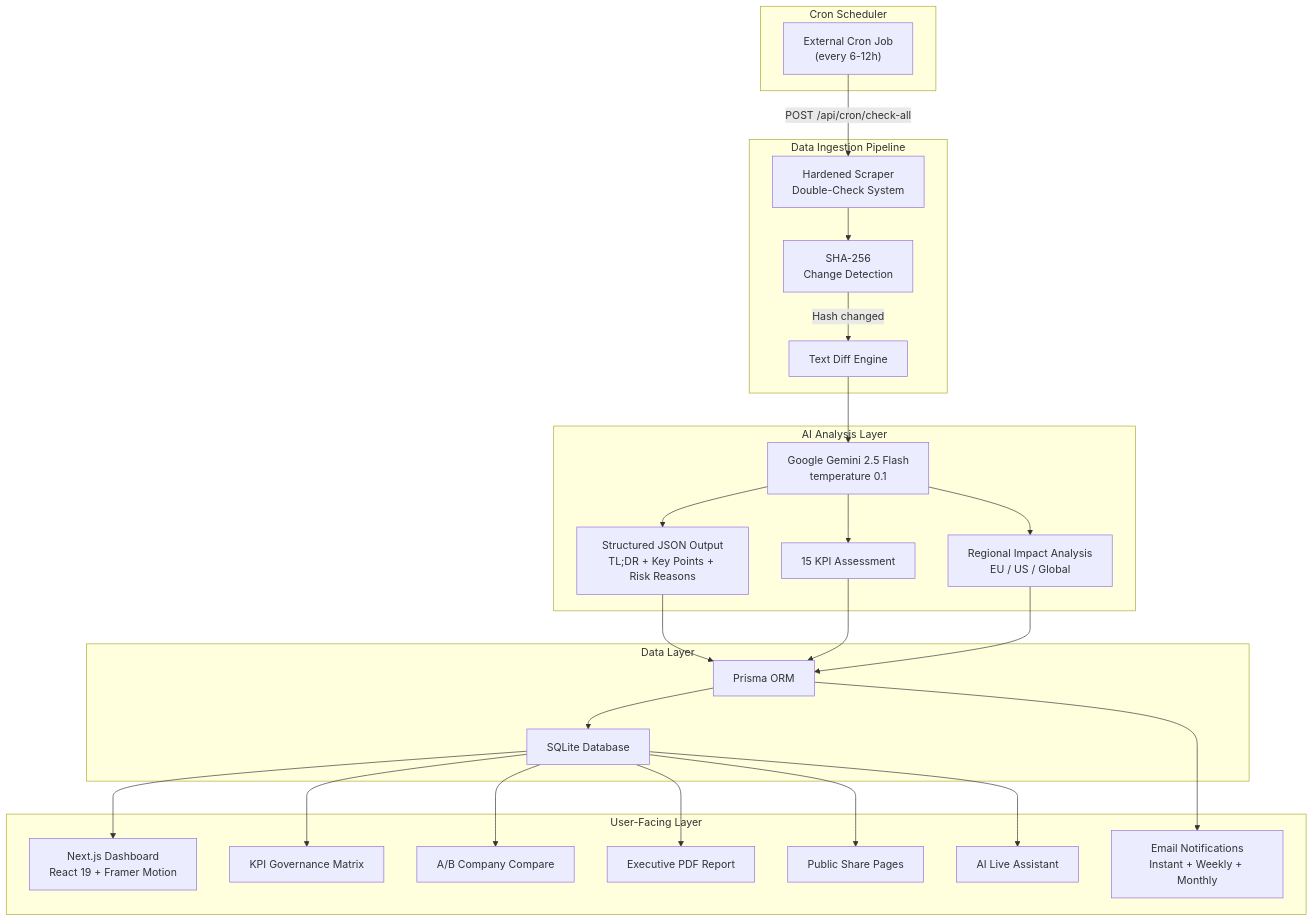
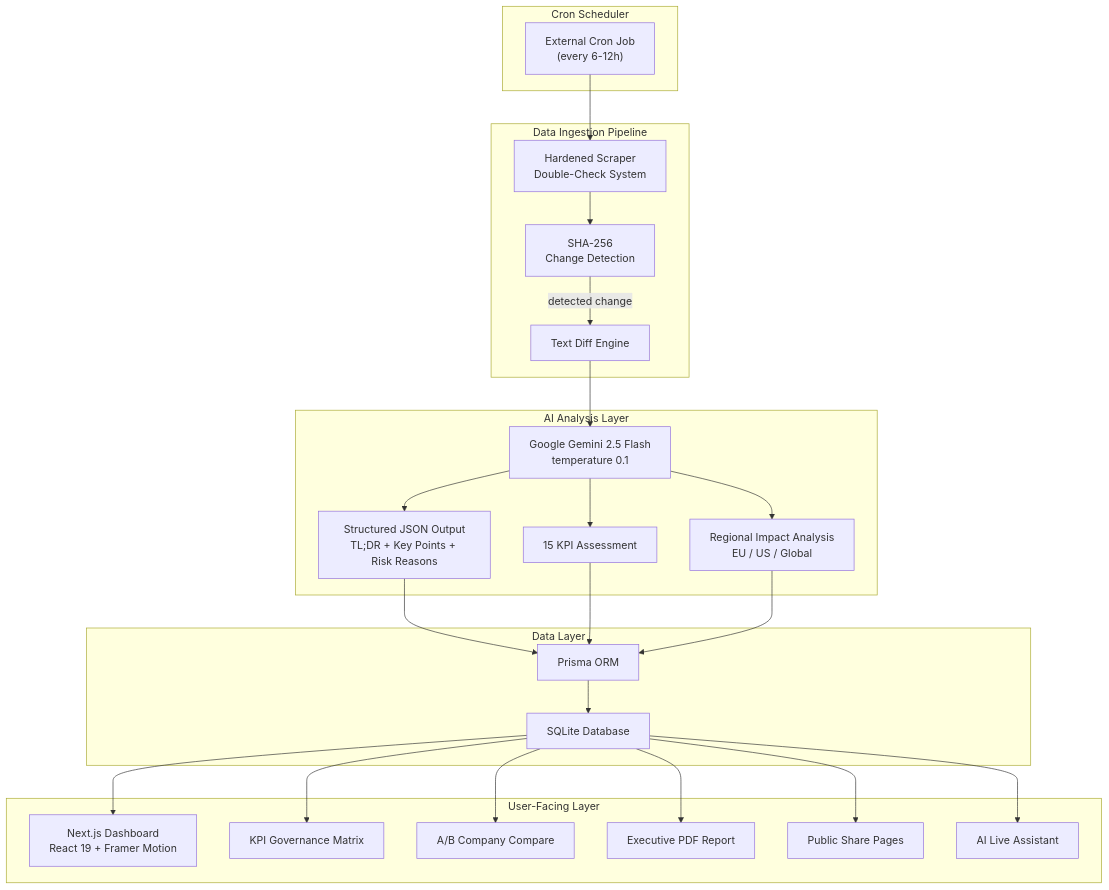
Before and after one commit to sev7enITA/policywatcher: the first of 4 diagrams in README.md, drawn with Mermaid. The commit also changed other lines of this file and 85 other files, not shown here.

Commit message:
release: v3.2.0-hostinger (adaptive fallback scraper cascade, KPI preservation, visual diff rendering, sitemap & OG tags, admin quality audit dashboard, and data repair scripts)

````diff
--- a/README.md
+++ b/README.md
@@ -57,53 +74,42 @@
 ```mermaid
 flowchart TB
     subgraph Scheduling["Cron Scheduler"]
         CRON["External Cron Job<br/>(every 6-12h)"]
     end
 
     subgraph Ingestion["Data Ingestion Pipeline"]
         SCRAPER["Hardened Scraper<br/>Double-Check System"]
         HASH["SHA-256<br/>Change Detection"]
         DIFF["Text Diff Engine"]
     end
 
     subgraph AI["AI Analysis Layer"]
         GEMINI["Google Gemini 2.5 Flash<br/>temperature 0.1"]
         STRUCT["Structured JSON Output<br/>TL;DR + Key Points + Risk Reasons"]
         KPI["15 KPI Assessment"]
         REGION["Regional Impact Analysis<br/>EU / US / Global"]
     end
 
     subgraph Storage["Data Layer"]
         PRISMA["Prisma ORM"]
         SQLITE["SQLite Database"]
     end
 
     subgraph Delivery["User-Facing Layer"]
         DASH["Next.js Dashboard<br/>React 19 + Framer Motion"]
         MATRIX["KPI Governance Matrix"]
         COMPARE["A/B Company Compare"]
         PDF["Executive PDF Report"]
         SHARE["Public Share Pages"]
         CHAT["AI Live Assistant"]
-        EMAIL["Email Notifications<br/>Instant + Weekly + Monthly"]
     end
 
-    CRON -->|"POST /api/cron/check-all"| SCRAPER
+    CRON --> SCRAPER
     SCRAPER --> HASH
-    HASH -->|"Hash changed"| DIFF
+    HASH -->|detected change| DIFF
     DIFF --> GEMINI
-    GEMINI --> STRUCT
-    GEMINI --> KPI
-    GEMINI --> REGION
-    STRUCT --> PRISMA
-    KPI --> PRISMA
-    REGION --> PRISMA
+    GEMINI --> STRUCT & KPI & REGION
+    STRUCT & KPI & REGION --> PRISMA
     PRISMA --> SQLITE
-    PRISMA --> EMAIL
-    SQLITE --> DASH
-    SQLITE --> MATRIX
-    SQLITE --> COMPARE
-    SQLITE --> PDF
-    SQLITE --> SHARE
-    SQLITE --> CHAT
+    SQLITE --> DASH & MATRIX & COMPARE & PDF & SHARE & CHAT
 ```
````
